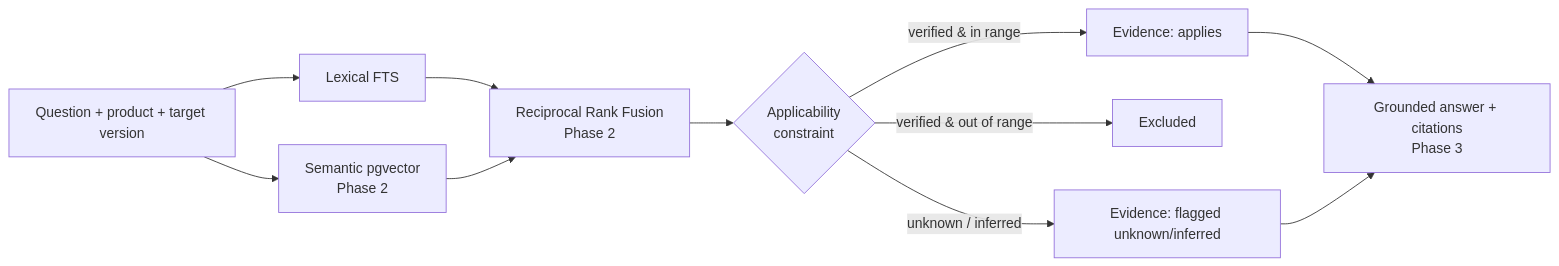
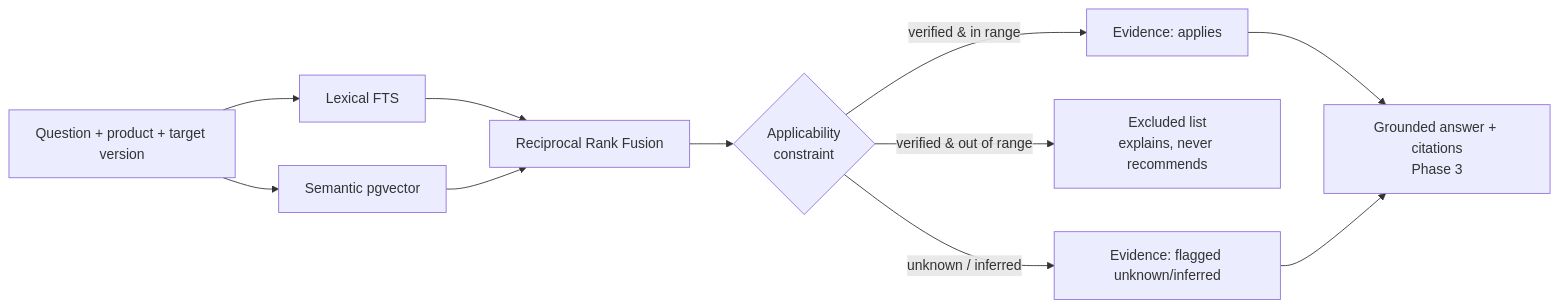
One commit to lucasoalima/VersionProofAI changed the diagram in README.md. Above: the diagram before and after it, drawn with Mermaid. The commit also changed other lines of this file and 32 other files, not shown here.

Commit message:
Phase 2: semantic and hybrid retrieval, exclusion list, retrieval benchmarks

````diff
--- a/README.md
+++ b/README.md
@@ -35,13 +37,13 @@
 ```mermaid
 flowchart LR
   Q[Question + product + target version] --> L[Lexical FTS]
-  Q --> S[Semantic pgvector<br/>Phase 2]
-  L --> F[Reciprocal Rank Fusion<br/>Phase 2]
+  Q --> S[Semantic pgvector]
+  L --> F[Reciprocal Rank Fusion]
   S --> F
   F --> C{Applicability<br/>constraint}
   C -- verified & in range --> E[Evidence: applies]
-  C -- verified & out of range --> X[Excluded]
+  C -- verified & out of range --> X[Excluded list<br/>explains, never recommends]
   C -- unknown / inferred --> U[Evidence: flagged unknown/inferred]
   E --> A[Grounded answer + citations<br/>Phase 3]
   U --> A
 ```
````
